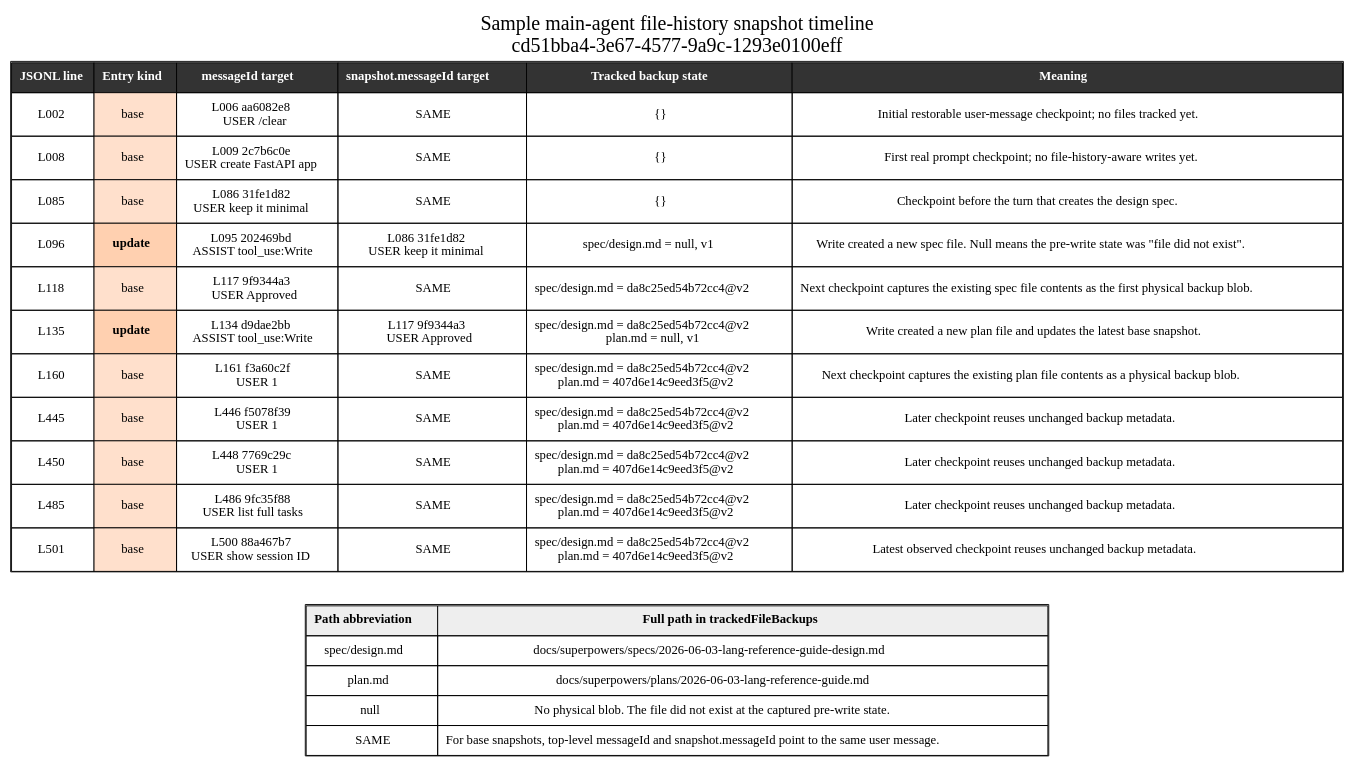
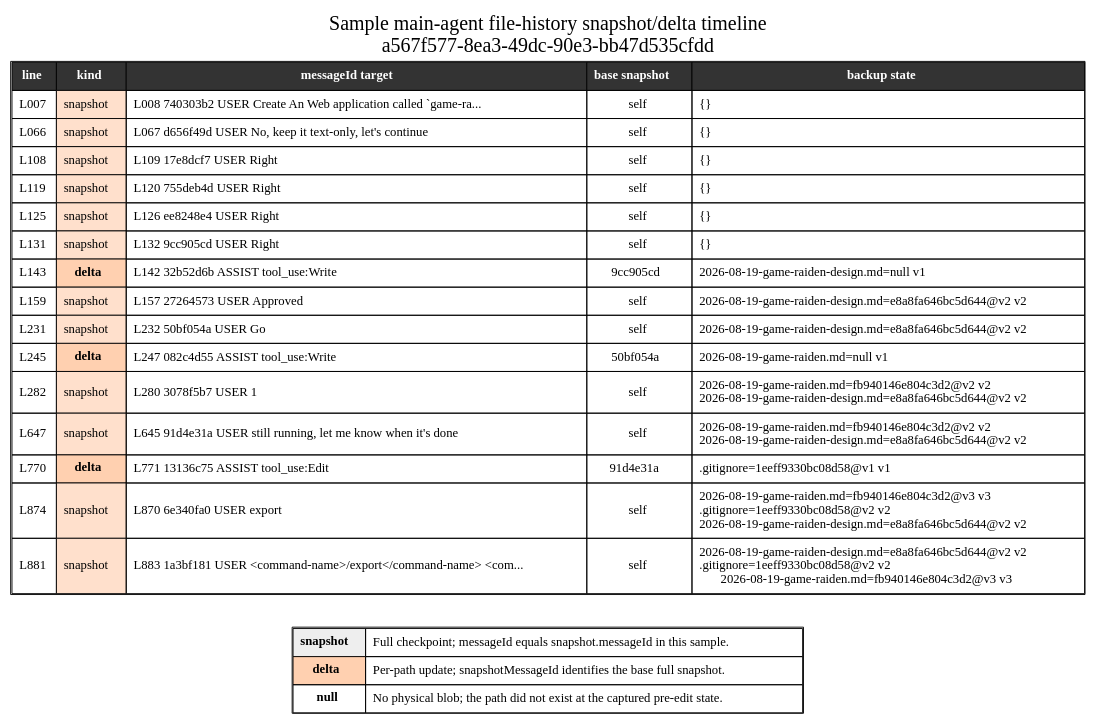
The diagram in docs/design/storage-session-sample-main-file-history-timeline.dot (GabrielWithTina/claude-code), drawn with Graphviz before and after one commit. The commit also changed 10 other files, not shown here.

Commit message:
Expand query loop and session storage design

```diff
--- a/docs/design/storage-session-sample-main-file-history-timeline.dot
+++ b/docs/design/storage-session-sample-main-file-history-timeline.dot
@@ -1,138 +1,34 @@
-// Readable timeline/table view for file-history snapshots in the sample main-agent session.
-// Source: /home/xiaos/.claude/projects/-home-xiaos-git-gabriel-python/cd51bba4-3e67-4577-9a9c-1293e0100eff.jsonl
-//
-// Render example:
-//   dot -Tsvg docs/design/storage-session-sample-main-file-history-timeline.dot -o /tmp/storage-session-sample-main-file-history-timeline.svg
-//
-// This is intentionally a table diagram, not an edge graph. The edge graph version
-// is faithful, but it is hard to read because file-history snapshots repeatedly
-// point at the same message/file-state nodes.
-
+// Readable timeline/table view for full file-history snapshots and per-file deltas.
+// Source: /home/xiaos/.claude/projects/-home-xiaos-git-gabriel-python/a567f577-8ea3-49dc-90e3-bb47d535cfdd.jsonl
 digraph sample_main_session_file_history_timeline {
-  graph [
-    label="Sample main-agent file-history snapshot timeline\ncd51bba4-3e67-4577-9a9c-1293e0100eff",
-    labelloc=t,
-    fontsize=22,
-    rankdir=TB
-  ];
-
+  graph [label="Sample main-agent file-history snapshot/delta timeline\na567f577-8ea3-49dc-90e3-bb47d535cfdd", labelloc=t, fontsize=22, rankdir=TB];
   node [shape=plain, fontname="Menlo"];
-
-  timeline [
-    label=<
-      <TABLE BORDER="1" CELLBORDER="1" CELLSPACING="0" CELLPADDING="8">
-        <TR>
-          <TD BGCOLOR="#333333"><FONT COLOR="white"><B>JSONL line</B></FONT></TD>
-          <TD BGCOLOR="#333333"><FONT COLOR="white"><B>Entry kind</B></FONT></TD>
-          <TD BGCOLOR="#333333"><FONT COLOR="white"><B>messageId target</B></FONT></TD>
-          <TD BGCOLOR="#333333"><FONT COLOR="white"><B>snapshot.messageId target</B></FONT></TD>
-          <TD BGCOLOR="#333333"><FONT COLOR="white"><B>Tracked backup state</B></FONT></TD>
-          <TD BGCOLOR="#333333"><FONT COLOR="white"><B>Meaning</B></FONT></TD>
-        </TR>
-
-        <TR>
-          <TD>L002</TD>
-          <TD BGCOLOR="#ffe0cc">base</TD>
-          <TD>L006 aa6082e8<BR/>USER /clear</TD>
-          <TD>SAME</TD>
-          <TD>{}</TD>
-          <TD>Initial restorable user-message checkpoint; no files tracked yet.</TD>
-        </TR>
-        <TR>
-          <TD>L008</TD>
-          <TD BGCOLOR="#ffe0cc">base</TD>
-          <TD>L009 2c7b6c0e<BR/>USER create FastAPI app</TD>
-          <TD>SAME</TD>
-          <TD>{}</TD>
-          <TD>First real prompt checkpoint; no file-history-aware writes yet.</TD>
-        </TR>
-        <TR>
-          <TD>L085</TD>
-          <TD BGCOLOR="#ffe0cc">base</TD>
-          <TD>L086 31fe1d82<BR/>USER keep it minimal</TD>
-          <TD>SAME</TD>
-          <TD>{}</TD>
-          <TD>Checkpoint before the turn that creates the design spec.</TD>
-        </TR>
-        <TR>
-          <TD>L096</TD>
-          <TD BGCOLOR="#ffd0b0"><B>update</B></TD>
-          <TD>L095 202469bd<BR/>ASSIST tool_use:Write</TD>
-          <TD>L086 31fe1d82<BR/>USER keep it minimal</TD>
-          <TD>spec/design.md = null, v1</TD>
-          <TD>Write created a new spec file. Null means the pre-write state was "file did not exist".</TD>
-        </TR>
-        <TR>
-          <TD>L118</TD>
-          <TD BGCOLOR="#ffe0cc">base</TD>
-          <TD>L117 9f9344a3<BR/>USER Approved</TD>
-          <TD>SAME</TD>
-          <TD>spec/design.md = da8c25ed54b72cc4@v2</TD>
-          <TD>Next checkpoint captures the existing spec file contents as the first physical backup blob.</TD>
-        </TR>
-        <TR>
-          <TD>L135</TD>
-          <TD BGCOLOR="#ffd0b0"><B>update</B></TD>
-          <TD>L134 d9dae2bb<BR/>ASSIST tool_use:Write</TD>
-          <TD>L117 9f9344a3<BR/>USER Approved</TD>
-          <TD>spec/design.md = da8c25ed54b72cc4@v2<BR/>plan.md = null, v1</TD>
-          <TD>Write created a new plan file and updates the latest base snapshot.</TD>
-        </TR>
-        <TR>
-          <TD>L160</TD>
-          <TD BGCOLOR="#ffe0cc">base</TD>
-          <TD>L161 f3a60c2f<BR/>USER 1</TD>
-          <TD>SAME</TD>
-          <TD>spec/design.md = da8c25ed54b72cc4@v2<BR/>plan.md = 407d6e14c9eed3f5@v2</TD>
-          <TD>Next checkpoint captures the existing plan file contents as a physical backup blob.</TD>
-        </TR>
-        <TR>
-          <TD>L445</TD>
-          <TD BGCOLOR="#ffe0cc">base</TD>
-          <TD>L446 f5078f39<BR/>USER 1</TD>
-          <TD>SAME</TD>
-          <TD>spec/design.md = da8c25ed54b72cc4@v2<BR/>plan.md = 407d6e14c9eed3f5@v2</TD>
-          <TD>Later checkpoint reuses unchanged backup metadata.</TD>
-        </TR>
-        <TR>
-          <TD>L450</TD>
-          <TD BGCOLOR="#ffe0cc">base</TD>
-          <TD>L448 7769c29c<BR/>USER 1</TD>
-          <TD>SAME</TD>
-          <TD>spec/design.md = da8c25ed54b72cc4@v2<BR/>plan.md = 407d6e14c9eed3f5@v2</TD>
-          <TD>Later checkpoint reuses unchanged backup metadata.</TD>
-        </TR>
-        <TR>
-          <TD>L485</TD>
-          <TD BGCOLOR="#ffe0cc">base</TD>
-          <TD>L486 9fc35f88<BR/>USER list full tasks</TD>
-          <TD>SAME</TD>
-          <TD>spec/design.md = da8c25ed54b72cc4@v2<BR/>plan.md = 407d6e14c9eed3f5@v2</TD>
-          <TD>Later checkpoint reuses unchanged backup metadata.</TD>
-        </TR>
-        <TR>
-          <TD>L501</TD>
-          <TD BGCOLOR="#ffe0cc">base</TD>
-          <TD>L500 88a467b7<BR/>USER show session ID</TD>
-          <TD>SAME</TD>
-          <TD>spec/design.md = da8c25ed54b72cc4@v2<BR/>plan.md = 407d6e14c9eed3f5@v2</TD>
-          <TD>Latest observed checkpoint reuses unchanged backup metadata.</TD>
-        </TR>
-      </TABLE>
-    >
-  ];
-
-  legend [
-    label=<
-      <TABLE BORDER="1" CELLBORDER="1" CELLSPACING="0" CELLPADDING="8">
-        <TR><TD BGCOLOR="#eeeeee"><B>Path abbreviation</B></TD><TD BGCOLOR="#eeeeee"><B>Full path in trackedFileBackups</B></TD></TR>
-        <TR><TD>spec/design.md</TD><TD>docs/superpowers/specs/2026-06-03-lang-reference-guide-design.md</TD></TR>
-        <TR><TD>plan.md</TD><TD>docs/superpowers/plans/2026-06-03-lang-reference-guide.md</TD></TR>
-        <TR><TD>null</TD><TD>No physical blob. The file did not exist at the captured pre-write state.</TD></TR>
-        <TR><TD>SAME</TD><TD>For base snapshots, top-level messageId and snapshot.messageId point to the same user message.</TD></TR>
-      </TABLE>
-    >
-  ];
-
+  timeline [label=<
+    <TABLE BORDER="1" CELLBORDER="1" CELLSPACING="0" CELLPADDING="7">
+      <TR><TD BGCOLOR="#333333"><FONT COLOR="white"><B>line</B></FONT></TD><TD BGCOLOR="#333333"><FONT COLOR="white"><B>kind</B></FONT></TD><TD BGCOLOR="#333333"><FONT COLOR="white"><B>messageId target</B></FONT></TD><TD BGCOLOR="#333333"><FONT COLOR="white"><B>base snapshot</B></FONT></TD><TD BGCOLOR="#333333"><FONT COLOR="white"><B>backup state</B></FONT></TD></TR>
+      <TR><TD>L007</TD><TD BGCOLOR="#ffe0cc">snapshot</TD><TD ALIGN="LEFT">L008 740303b2 USER Create An Web application called `game-ra...</TD><TD>self</TD><TD ALIGN="LEFT">{}</TD></TR>
+      <TR><TD>L066</TD><TD BGCOLOR="#ffe0cc">snapshot</TD><TD ALIGN="LEFT">L067 d656f49d USER No, keep it text-only, let's continue</TD><TD>self</TD><TD ALIGN="LEFT">{}</TD></TR>
+      <TR><TD>L108</TD><TD BGCOLOR="#ffe0cc">snapshot</TD><TD ALIGN="LEFT">L109 17e8dcf7 USER Right</TD><TD>self</TD><TD ALIGN="LEFT">{}</TD></TR>
+      <TR><TD>L119</TD><TD BGCOLOR="#ffe0cc">snapshot</TD><TD ALIGN="LEFT">L120 755deb4d USER Right</TD><TD>self</TD><TD ALIGN="LEFT">{}</TD></TR>
+      <TR><TD>L125</TD><TD BGCOLOR="#ffe0cc">snapshot</TD><TD ALIGN="LEFT">L126 ee8248e4 USER Right</TD><TD>self</TD><TD ALIGN="LEFT">{}</TD></TR>
+      <TR><TD>L131</TD><TD BGCOLOR="#ffe0cc">snapshot</TD><TD ALIGN="LEFT">L132 9cc905cd USER Right</TD><TD>self</TD><TD ALIGN="LEFT">{}</TD></TR>
+      <TR><TD>L143</TD><TD BGCOLOR="#ffd0b0"><B>delta</B></TD><TD ALIGN="LEFT">L142 32b52d6b ASSIST tool_use:Write</TD><TD>9cc905cd</TD><TD ALIGN="LEFT">2026-08-19-game-raiden-design.md=null v1</TD></TR>
+      <TR><TD>L159</TD><TD BGCOLOR="#ffe0cc">snapshot</TD><TD ALIGN="LEFT">L157 27264573 USER Approved</TD><TD>self</TD><TD ALIGN="LEFT">2026-08-19-game-raiden-design.md=e8a8fa646bc5d644@v2 v2</TD></TR>
+      <TR><TD>L231</TD><TD BGCOLOR="#ffe0cc">snapshot</TD><TD ALIGN="LEFT">L232 50bf054a USER Go</TD><TD>self</TD><TD ALIGN="LEFT">2026-08-19-game-raiden-design.md=e8a8fa646bc5d644@v2 v2</TD></TR>
+      <TR><TD>L245</TD><TD BGCOLOR="#ffd0b0"><B>delta</B></TD><TD ALIGN="LEFT">L247 082c4d55 ASSIST tool_use:Write</TD><TD>50bf054a</TD><TD ALIGN="LEFT">2026-08-19-game-raiden.md=null v1</TD></TR>
+      <TR><TD>L282</TD><TD BGCOLOR="#ffe0cc">snapshot</TD><TD ALIGN="LEFT">L280 3078f5b7 USER 1</TD><TD>self</TD><TD ALIGN="LEFT">2026-08-19-game-raiden.md=fb940146e804c3d2@v2 v2<BR ALIGN="LEFT"/>2026-08-19-game-raiden-design.md=e8a8fa646bc5d644@v2 v2</TD></TR>
+      <TR><TD>L647</TD><TD BGCOLOR="#ffe0cc">snapshot</TD><TD ALIGN="LEFT">L645 91d4e31a USER still running, let me know when it's done</TD><TD>self</TD><TD ALIGN="LEFT">2026-08-19-game-raiden.md=fb940146e804c3d2@v2 v2<BR ALIGN="LEFT"/>2026-08-19-game-raiden-design.md=e8a8fa646bc5d644@v2 v2</TD></TR>
+      <TR><TD>L770</TD><TD BGCOLOR="#ffd0b0"><B>delta</B></TD><TD ALIGN="LEFT">L771 13136c75 ASSIST tool_use:Edit</TD><TD>91d4e31a</TD><TD ALIGN="LEFT">.gitignore=1eeff9330bc08d58@v1 v1</TD></TR>
+      <TR><TD>L874</TD><TD BGCOLOR="#ffe0cc">snapshot</TD><TD ALIGN="LEFT">L870 6e340fa0 USER export</TD><TD>self</TD><TD ALIGN="LEFT">2026-08-19-game-raiden.md=fb940146e804c3d2@v3 v3<BR ALIGN="LEFT"/>.gitignore=1eeff9330bc08d58@v2 v2<BR ALIGN="LEFT"/>2026-08-19-game-raiden-design.md=e8a8fa646bc5d644@v2 v2</TD></TR>
+      <TR><TD>L881</TD><TD BGCOLOR="#ffe0cc">snapshot</TD><TD ALIGN="LEFT">L883 1a3bf181 USER &lt;command-name&gt;/export&lt;/command-name&gt; &lt;com...</TD><TD>self</TD><TD ALIGN="LEFT">2026-08-19-game-raiden-design.md=e8a8fa646bc5d644@v2 v2<BR ALIGN="LEFT"/>.gitignore=1eeff9330bc08d58@v2 v2<BR ALIGN="LEFT"/>2026-08-19-game-raiden.md=fb940146e804c3d2@v3 v3</TD></TR>
+    </TABLE>
+  >];
+  legend [label=<
+    <TABLE BORDER="1" CELLBORDER="1" CELLSPACING="0" CELLPADDING="7">
+      <TR><TD BGCOLOR="#eeeeee"><B>snapshot</B></TD><TD ALIGN="LEFT">Full checkpoint; messageId equals snapshot.messageId in this sample.</TD></TR>
+      <TR><TD BGCOLOR="#ffd0b0"><B>delta</B></TD><TD ALIGN="LEFT">Per-path update; snapshotMessageId identifies the base full snapshot.</TD></TR>
+      <TR><TD><B>null</B></TD><TD ALIGN="LEFT">No physical blob; the path did not exist at the captured pre-edit state.</TD></TR>
+    </TABLE>
+  >];
   timeline -> legend [style=invis];
 }
```
